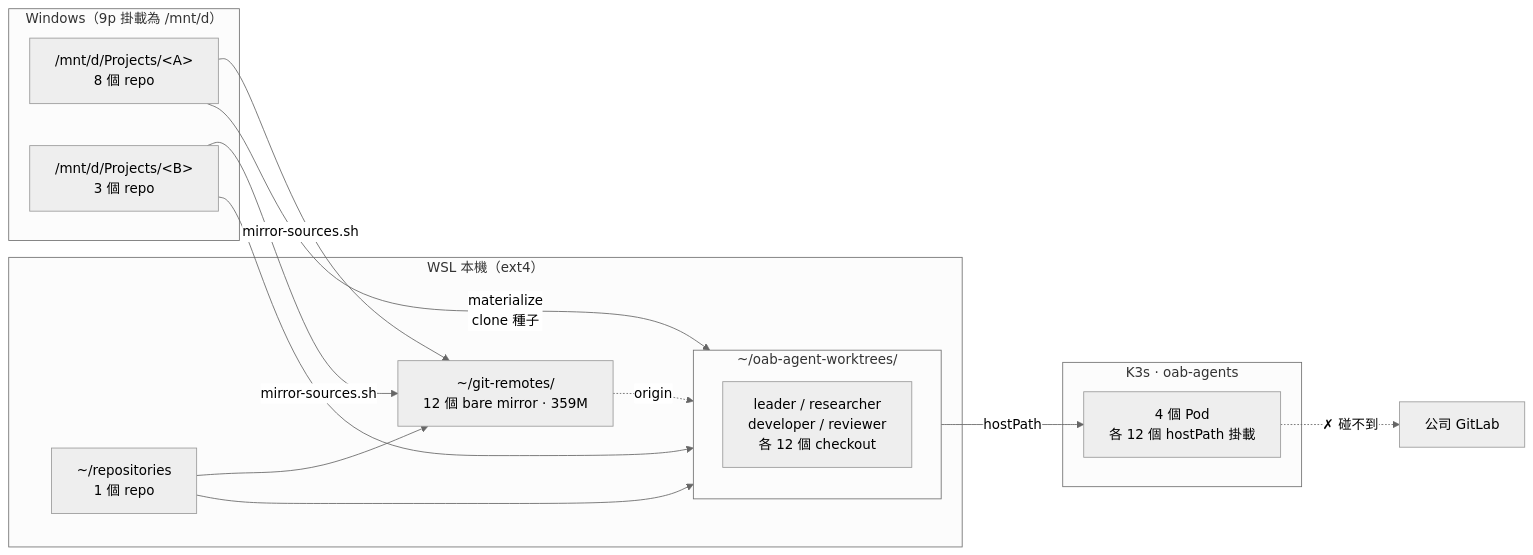
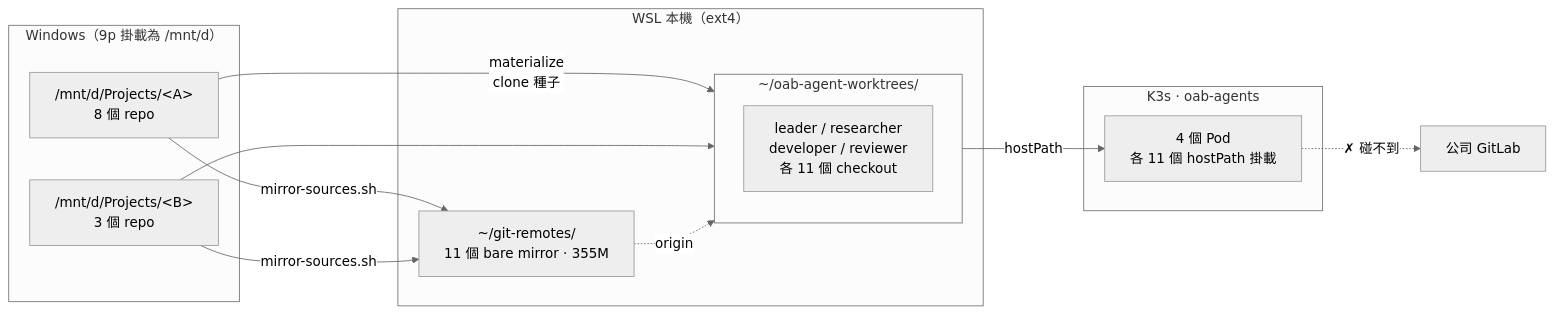
The diagram in docs/本機部署實作.md (pro5251/oab-agents-control), drawn with Mermaid before and after one commit. The commit also changed other lines of this file, not shown here.

````diff
--- a/docs/本機部署實作.md
+++ b/docs/本機部署實作.md
@@ -89,29 +88,26 @@
 ```mermaid
 %%{init: {'theme':'neutral'}}%%
 flowchart LR
   subgraph WIN["Windows（9p 掛載為 /mnt/d）"]
     CSP["/mnt/d/Projects/&lt;A&gt;<br/>8 個 repo"]
     MSG["/mnt/d/Projects/&lt;B&gt;<br/>3 個 repo"]
   end
   subgraph HOST["WSL 本機（ext4）"]
-    COL["~/repositories<br/>1 個 repo"]
-    REM["~/git-remotes/<br/>12 個 bare mirror · 359M"]
+    REM["~/git-remotes/<br/>11 個 bare mirror · 355M"]
     subgraph WT["~/oab-agent-worktrees/"]
-      W["leader / researcher<br/>developer / reviewer<br/>各 12 個 checkout"]
+      W["leader / researcher<br/>developer / reviewer<br/>各 11 個 checkout"]
     end
   end
   subgraph K3S["K3s · oab-agents"]
-    P["4 個 Pod<br/>各 12 個 hostPath 掛載"]
+    P["4 個 Pod<br/>各 11 個 hostPath 掛載"]
   end
   GL["公司 GitLab"]
 
   CSP -->|"mirror-sources.sh"| REM
   MSG -->|"mirror-sources.sh"| REM
-  COL --> REM
   CSP -->|"materialize<br/>clone 種子"| WT
   MSG --> WT
-  COL --> WT
   REM -.->|origin| WT
   WT -->|hostPath| P
   P -.->|"✗ 碰不到"| GL
 ```
````
